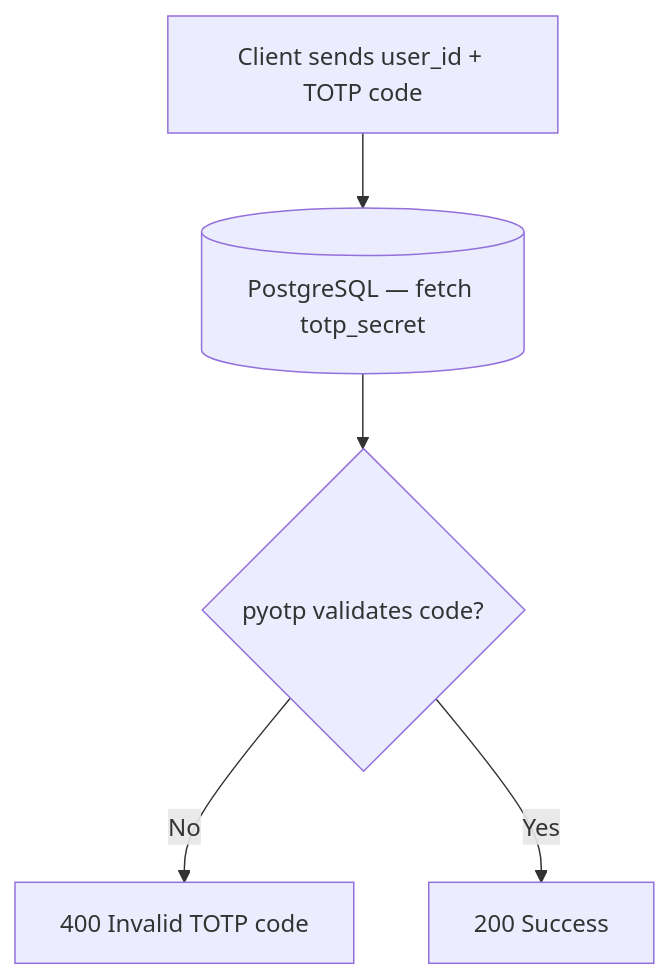
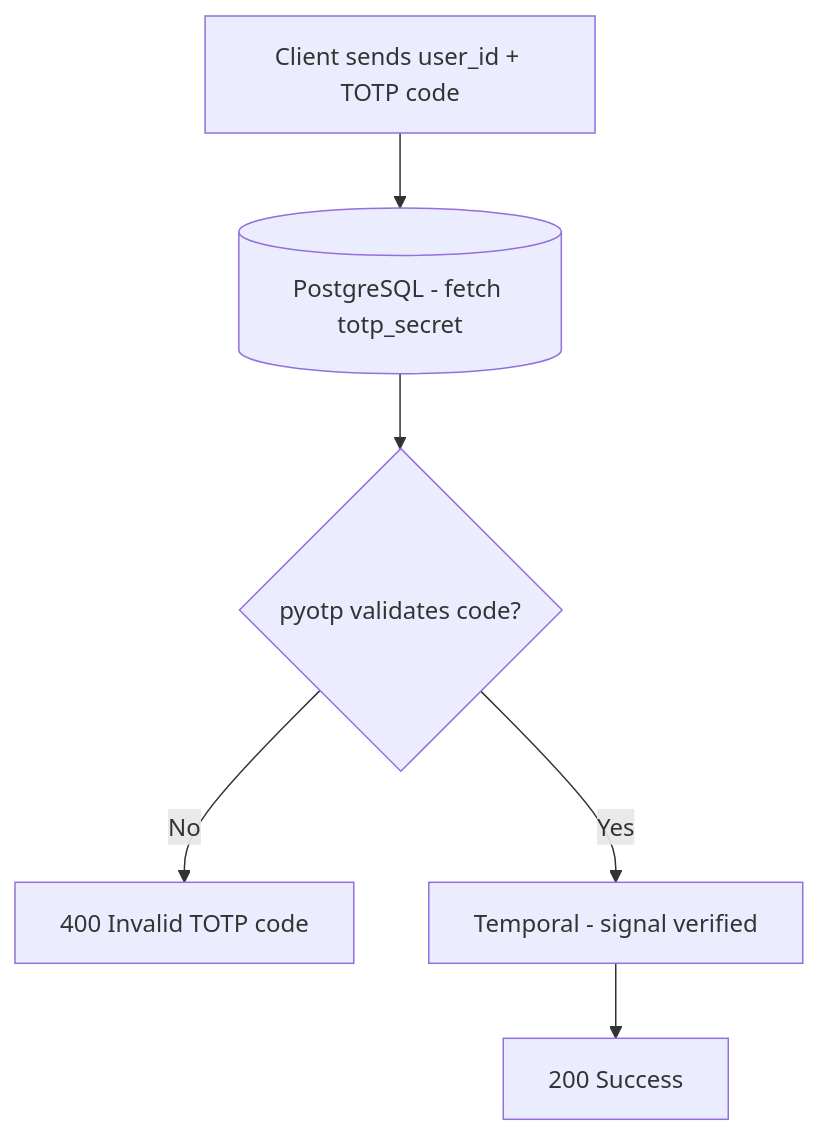
The fourth of 5 diagrams in docs/architecture.md (muhammadhussnainsaeed/bootcamp-2026-mfa-gate), drawn with Mermaid before and after one commit. The commit also changed other lines of this file and 3 other files, not shown here.

````diff
--- a/docs/architecture.md
+++ b/docs/architecture.md
@@ -68,7 +73,8 @@
 ```mermaid
 flowchart TD
-    T1[Client sends user_id + TOTP code] --> T2[(PostgreSQL — fetch totp_secret)]
+    T1[Client sends user_id + TOTP code] --> T2[(PostgreSQL - fetch totp_secret)]
     T2 --> T3{pyotp validates code?}
     T3 -- No --> T4[400 Invalid TOTP code]
-    T3 -- Yes --> T5[200 Success]
+    T3 -- Yes --> T5[Temporal - signal verified]
+    T5 --> T6[200 Success]
 ```
````
